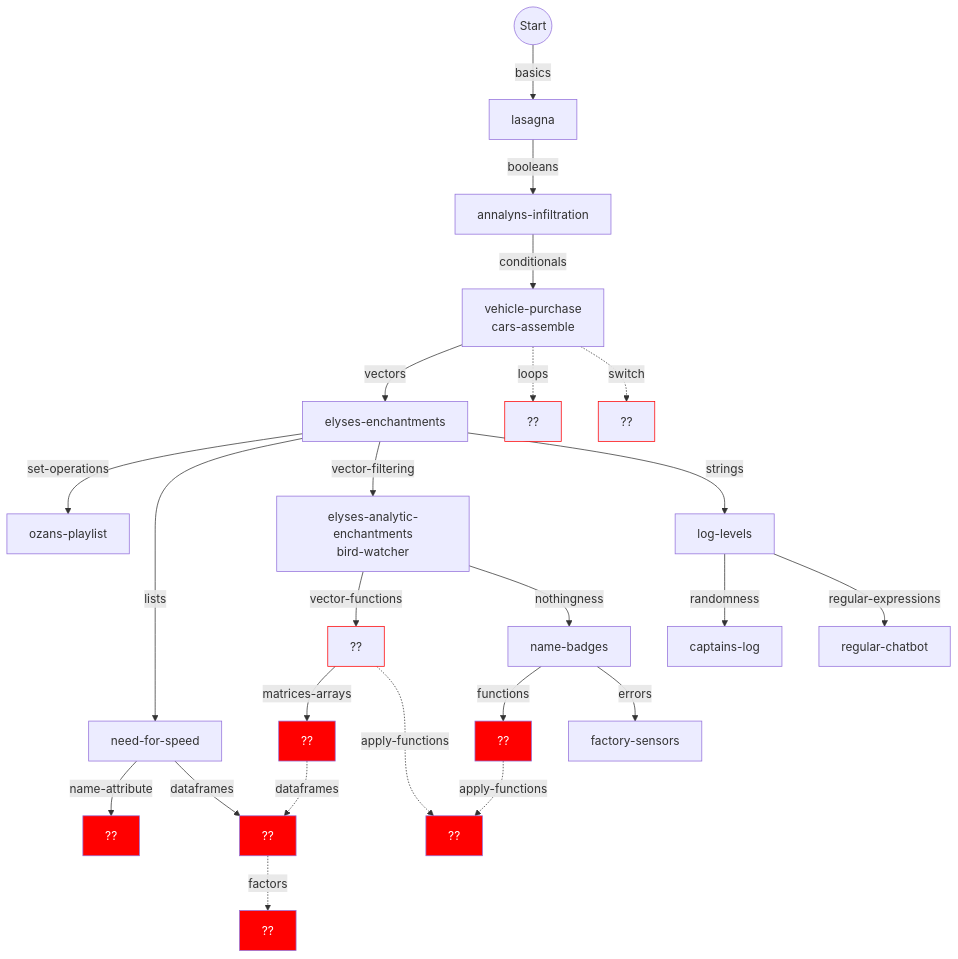
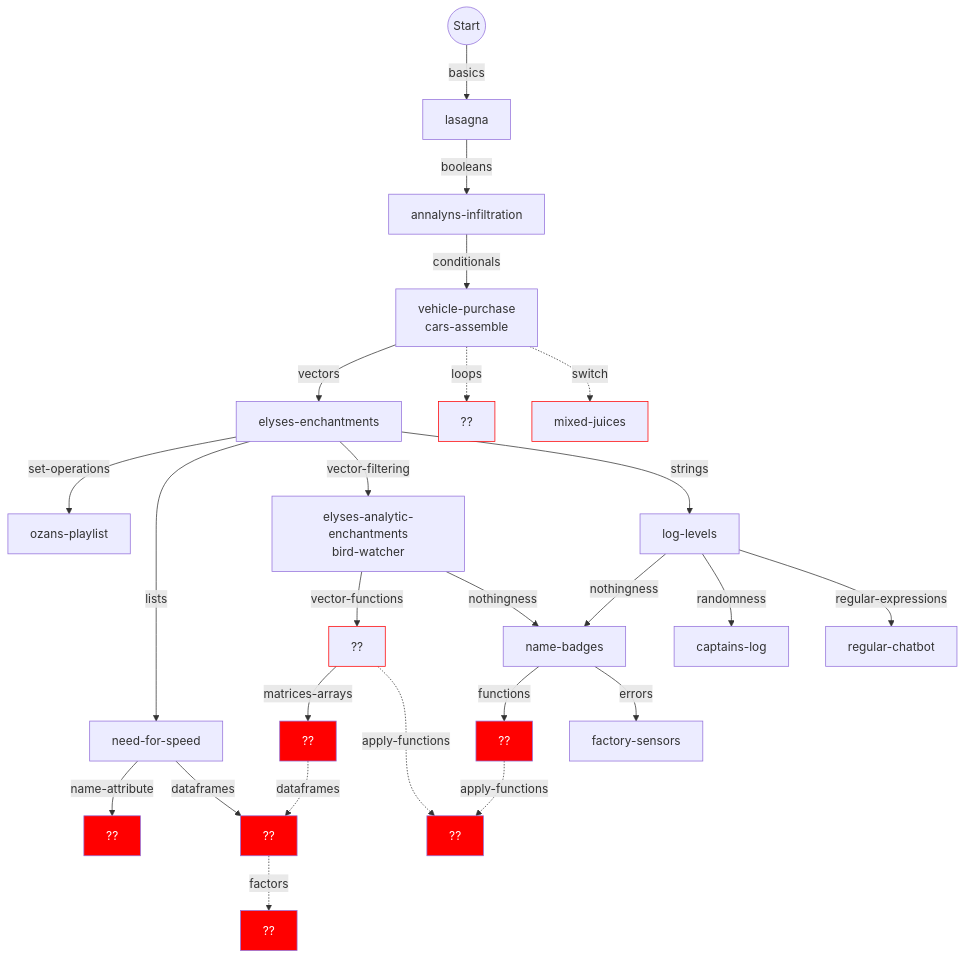
One commit to colinleach/r_concepts changed the first of 2 diagrams in flowchart.md. Above: the diagram before and after it, drawn with Mermaid. The commit also changed 15 other files, not shown here.

````diff
--- a/flowchart.md
+++ b/flowchart.md
@@ -10,47 +10,49 @@
 ```mermaid
 graph TD
     
 start(("Start")) --basics--> basics["lasagna"]
 basics --booleans--> booleans["annalyns-infiltration"]
 booleans --conditionals--> conditionals["vehicle-purchase<br/>cars-assemble"]
 conditionals --vectors--> vectors["elyses-enchantments"]
 
 conditionals -.loops.-> loops["??"]
 style loops stroke:#f00
 
-conditionals -.switch.-> switch["??"]
+conditionals -.switch.-> switch["mixed-juices"]
 style switch stroke:#f00
 
 vectors --set-operations--> set-operations["ozans-playlist"]
-strings --randomness--> randomness["captains-log"]
 vectors --lists--> lists["need-for-speed"]
 vectors --vector-filtering--> vector-filtering["elyses-analytic-enchantments<br/>bird-watcher"]
-strings --regular-expressions--> regular-expressions["regular-chatbot"]
 
 vector-filtering --vector-functions--> vector-functions["??"]
 style vector-functions stroke:#f00
 
 vector-filtering --nothingness--> nothingness["name-badges"]
 vectors --strings--> strings["log-levels"]
 
 nothingness --functions--> functions["??"]
 style functions fill:#f00,color:#fff
 
 nothingness --errors--> errors["factory-sensors "]
+strings --nothingness--> nothingness["name-badges"]
+strings --randomness--> randomness["captains-log"]
+strings --regular-expressions--> regular-expressions["regular-chatbot"]
+
 functions -.apply-functions.-> apply-functions["??"]
 vector-functions --matrices-arrays--> matrices-arrays["??"]
 style matrices-arrays fill:#f00,color:#fff
 
 vector-functions -.apply-functions.-> apply-functions["??"]
 style apply-functions fill:#f00,color:#fff
 
 lists --name-attribute--> name-attribute["??"]
 style name-attribute fill:#f00,color:#fff
 
 lists --dataframes--> dataframes["??"]
 style dataframes fill:#f00,color:#fff
 
 matrices-arrays -.dataframes.-> dataframes
 dataframes -.factors.-> factors["??"]
 style factors fill:#f00,color:#fff
 ```
````
